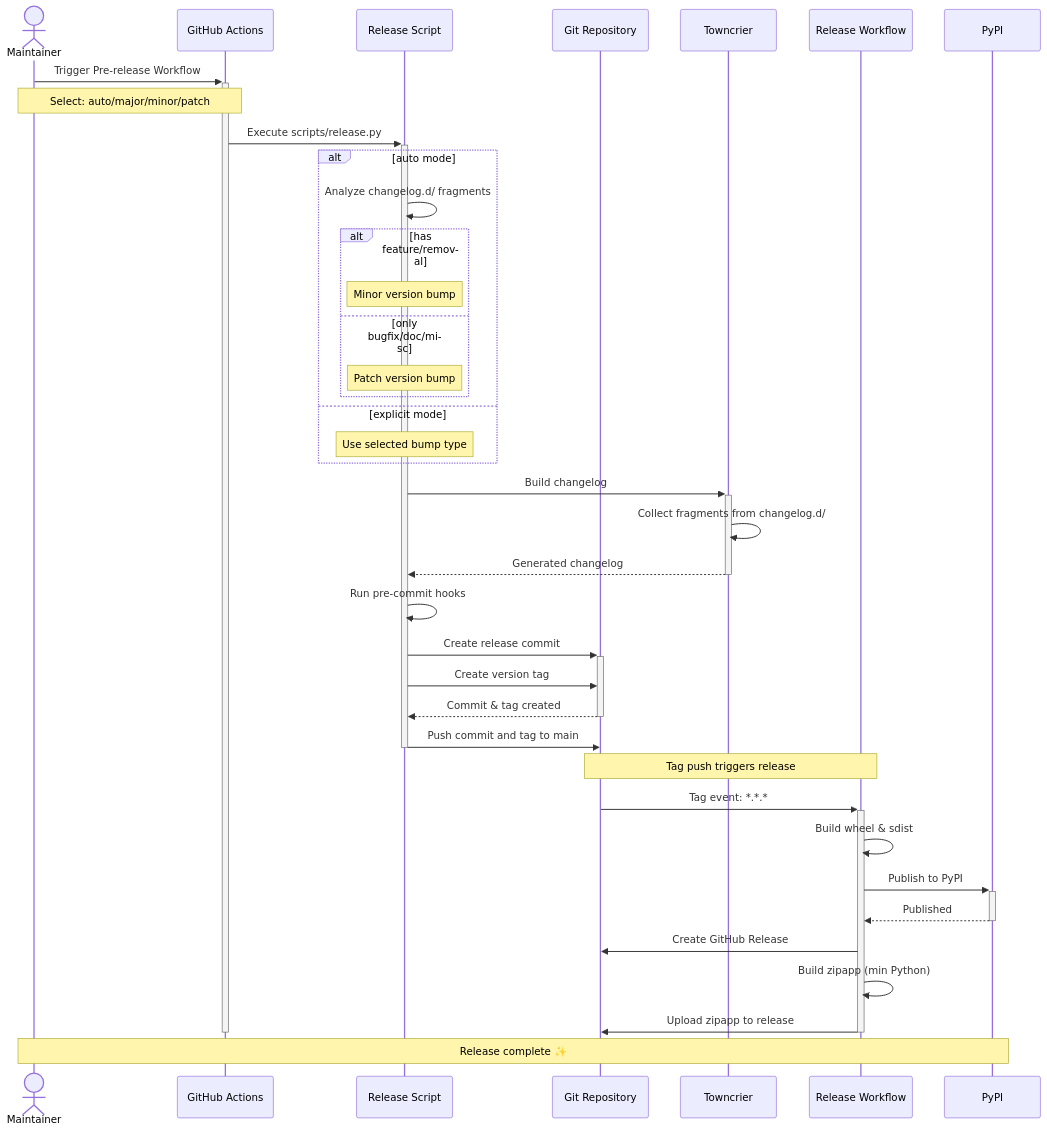
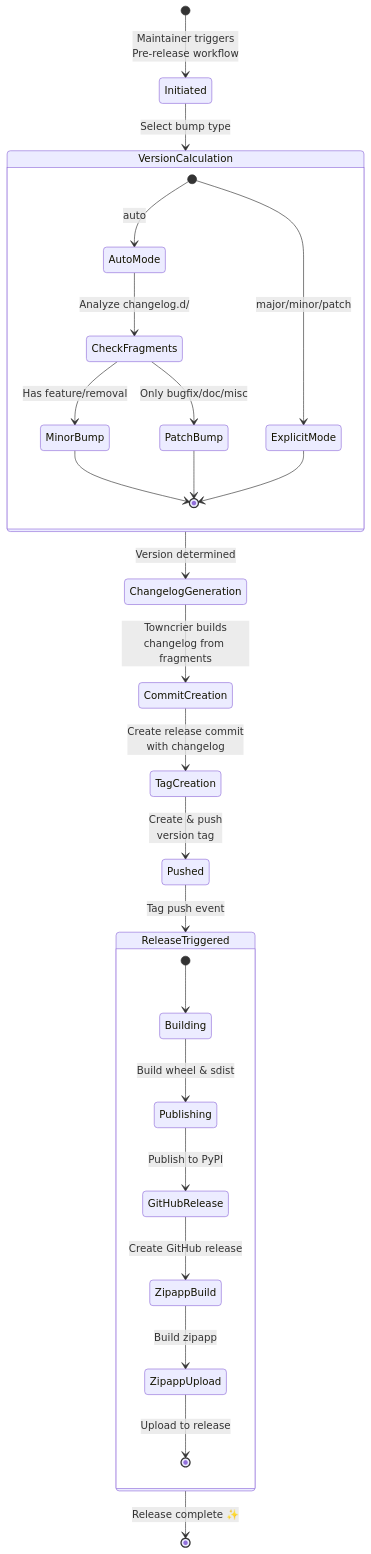
Before and after one commit to pypa/pipx: the diagram in docs/contributing.md, drawn with Mermaid.

Commit message:
📝 docs(release): replace sequence with state diagram
State diagram better represents the release flow as a progression through
distinct states rather than message passing between actors. Shows version
calculation logic, changelog generation, and publication steps as clear
state transitions.

````diff
--- a/docs/contributing.md
+++ b/docs/contributing.md
@@ -235,53 +235,40 @@
 ```mermaid
-sequenceDiagram
-    actor M as Maintainer
-    participant GH as GitHub Actions
-    participant S as Release Script
-    participant G as Git Repository
-    participant T as Towncrier
-    participant RW as Release Workflow
-    participant P as PyPI
+stateDiagram-v2
+    [*] --> Initiated: Maintainer triggers<br/>Pre-release workflow
 
-    M->>+GH: Trigger Pre-release Workflow
-    Note over M,GH: Select: auto/major/minor/patch
+    Initiated --> VersionCalculation: Select bump type
 
-    GH->>+S: Execute scripts/release.py
+    state VersionCalculation {
+        [*] --> AutoMode: auto
+        [*] --> ExplicitMode: major/minor/patch
 
-    alt auto mode
-        S->>S: Analyze changelog.d/ fragments
-        alt has feature/removal
-            Note over S: Minor version bump
-        else only bugfix/doc/misc
-            Note over S: Patch version bump
-        end
-    else explicit mode
-        Note over S: Use selected bump type
-    end
+        AutoMode --> CheckFragments: Analyze changelog.d/
+        CheckFragments --> MinorBump: Has feature/removal
+        CheckFragments --> PatchBump: Only bugfix/doc/misc
 
-    S->>+T: Build changelog
-    T->>T: Collect fragments from changelog.d/
-    T-->>-S: Generated changelog
+        MinorBump --> [*]
+        PatchBump --> [*]
+        ExplicitMode --> [*]
+    }
 
-    S->>S: Run pre-commit hooks
-    S->>+G: Create release commit
-    S->>G: Create version tag
-    G-->>-S: Commit & tag created
+    VersionCalculation --> ChangelogGeneration: Version determined
 
-    S->>G: Push commit and tag to main
-    deactivate S
+    ChangelogGeneration --> CommitCreation: Towncrier builds<br/>changelog from fragments
 
-    Note over G,RW: Tag push triggers release
+    CommitCreation --> TagCreation: Create release commit<br/>with changelog
 
-    G->>+RW: Tag event: *.*.*
-    RW->>RW: Build wheel & sdist
-    RW->>+P: Publish to PyPI
-    P-->>-RW: Published
+    TagCreation --> Pushed: Create & push<br/>version tag
 
-    RW->>G: Create GitHub Release
-    RW->>RW: Build zipapp (min Python)
-    RW->>G: Upload zipapp to release
-    deactivate RW
-    deactivate GH
+    Pushed --> ReleaseTriggered: Tag push event
 
-    Note over M,P: Release complete ✨
+    state ReleaseTriggered {
+        [*] --> Building
+        Building --> Publishing: Build wheel & sdist
+        Publishing --> GitHubRelease: Publish to PyPI
+        GitHubRelease --> ZipappBuild: Create GitHub release
+        ZipappBuild --> ZipappUpload: Build zipapp
+        ZipappUpload --> [*]: Upload to release
+    }
+
+    ReleaseTriggered --> [*]: Release complete ✨
 ```
````
